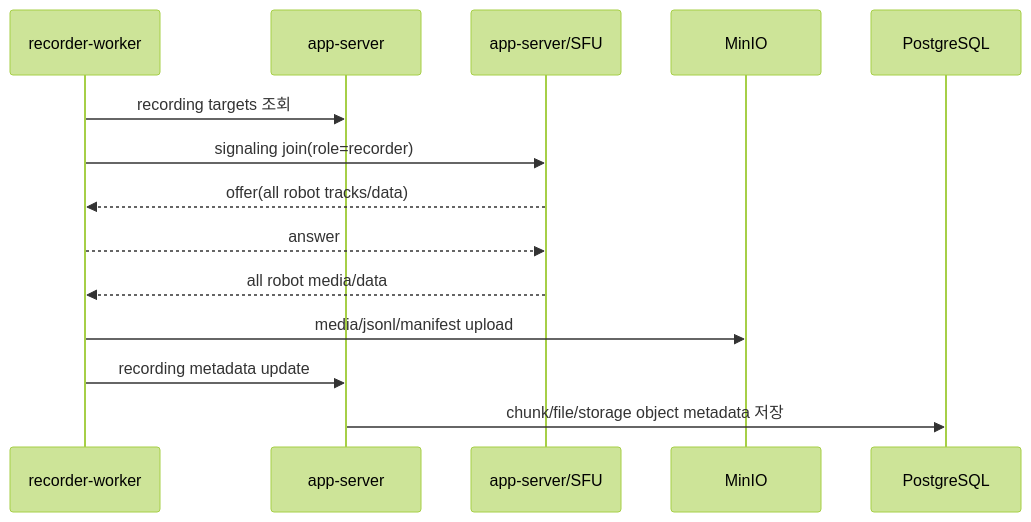
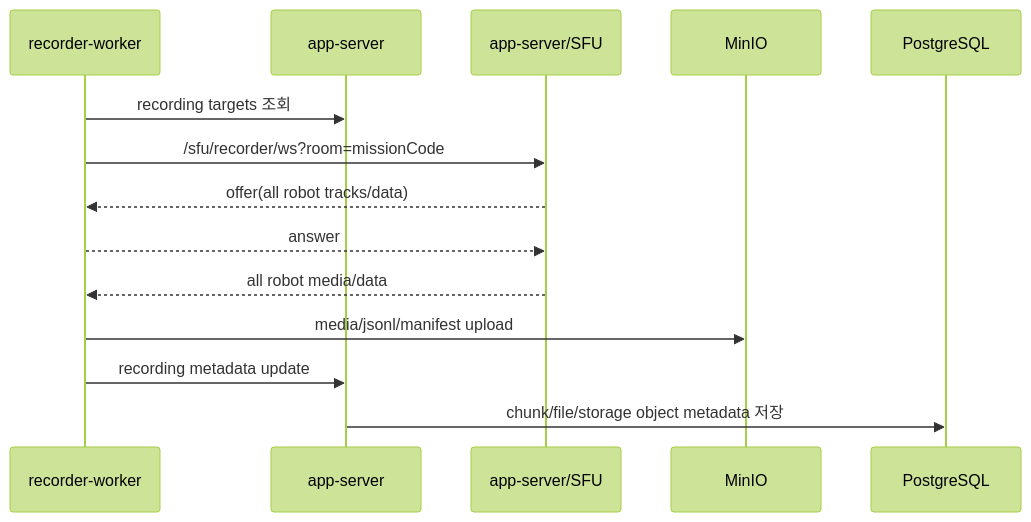
One commit to dhkimxx/robot-center changed the fourth of 5 diagrams in docs/stable/architecture.md. Above: the diagram before and after it, drawn with Mermaid (forest theme). The commit also changed other lines of this file and 39 other files, not shown here.

````diff
--- a/docs/stable/architecture.md
+++ b/docs/stable/architecture.md
@@ -529,17 +533,17 @@
 ```mermaid
 sequenceDiagram
   participant Rec as recorder-worker
   participant App as app-server
   participant SFU as app-server/SFU
   participant Minio as MinIO
   participant DB as PostgreSQL
 
   Rec->>App: recording targets 조회
-  Rec->>SFU: signaling join(role=recorder)
+  Rec->>SFU: /sfu/recorder/ws?room=missionCode
   SFU-->>Rec: offer(all robot tracks/data)
   Rec-->>SFU: answer
   SFU-->>Rec: all robot media/data
   Rec->>Minio: media/jsonl/manifest upload
   Rec->>App: recording metadata update
   App->>DB: chunk/file/storage object metadata 저장
 ```
````
